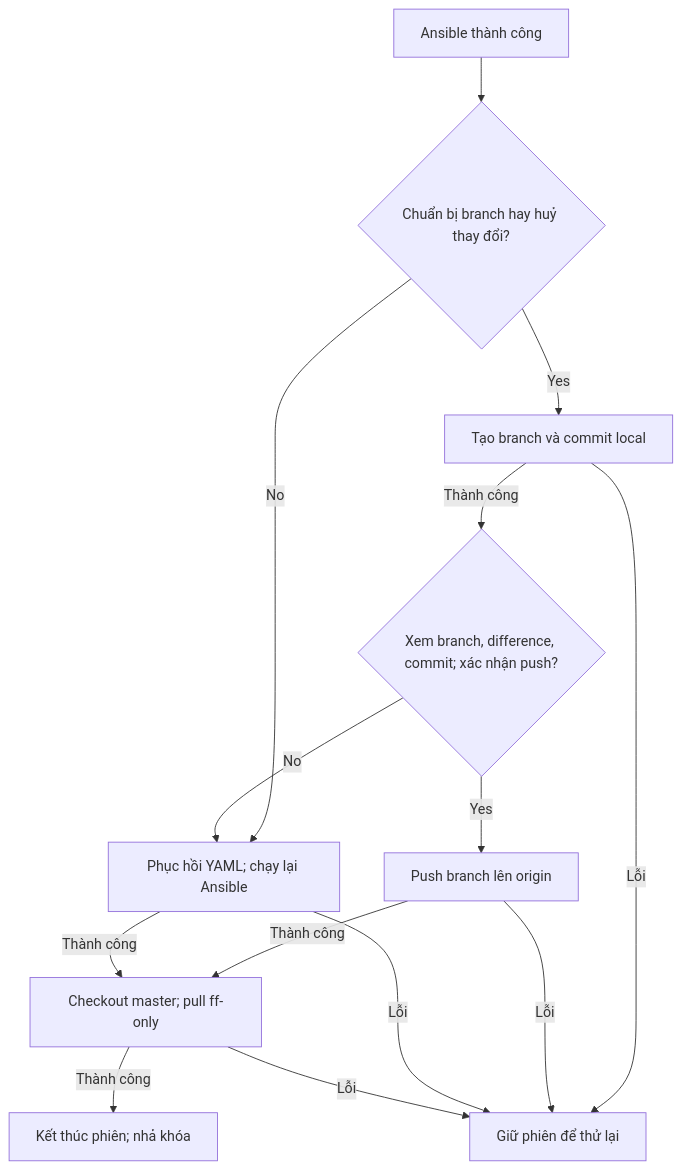
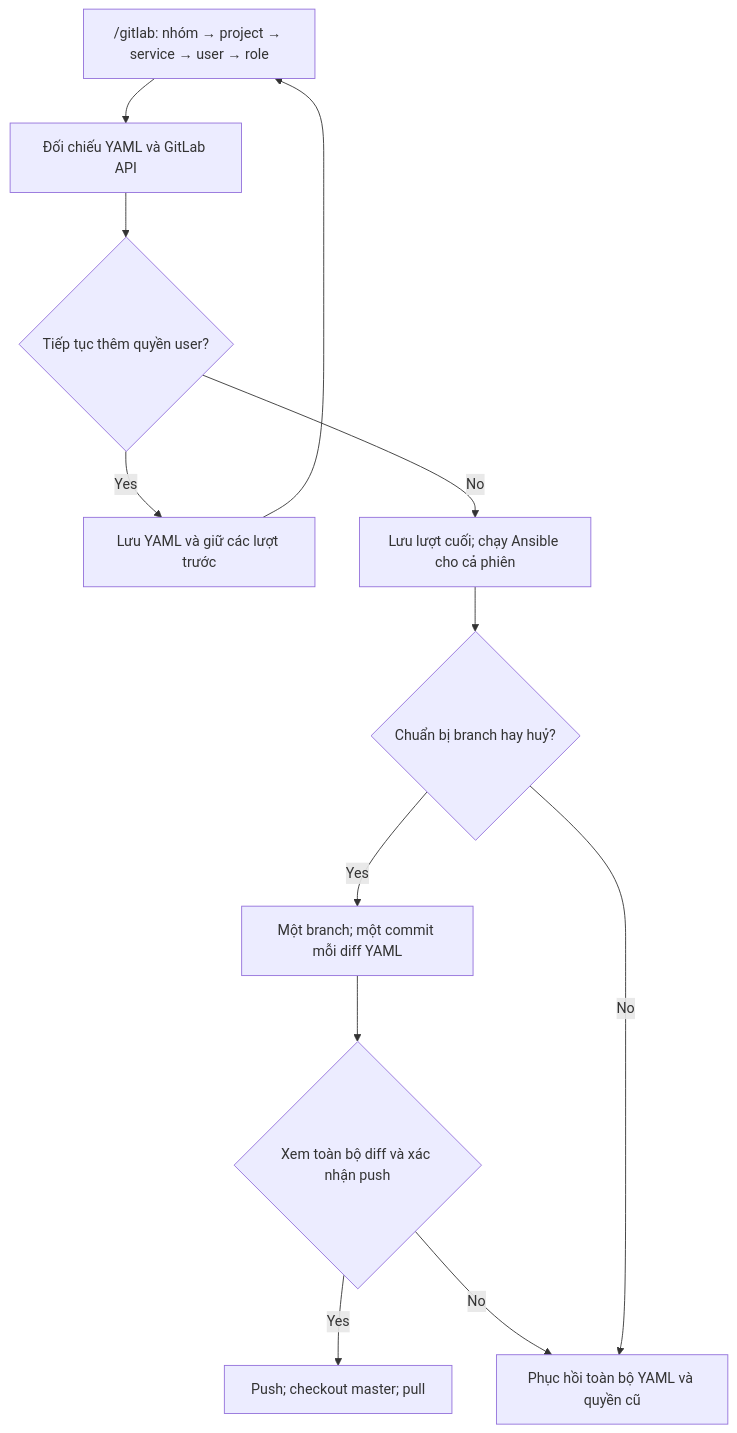
The diagram in GITLAB-REPO-ROLE-FLOW.md (tuanphi/infra-bot), drawn with Mermaid before and after one commit. The commit also changed other lines of this file and 4 other files, not shown here.

Commit message:
update: multi user flow

````diff
--- a/GITLAB-REPO-ROLE-FLOW.md
+++ b/GITLAB-REPO-ROLE-FLOW.md
@@ -18,16 +11,14 @@
 ```mermaid
 flowchart TD
-    A["Ansible thành công"] --> B{"Chuẩn bị branch hay huỷ thay đổi?"}
-    B -->|Yes| D["Tạo branch và commit local"]
-    D -->|Thành công| E{"Xem branch, difference, commit; xác nhận push?"}
-    B -->|No| C["Phục hồi YAML; chạy lại Ansible"]
-    E -->|No| C
-    E -->|Yes| F["Push branch lên origin"]
-    F -->|Thành công| G["Checkout master; pull ff-only"]
-    C -->|Thành công| G
-    G -->|Thành công| H["Kết thúc phiên; nhả khóa"]
-    D -->|Lỗi| I["Giữ phiên để thử lại"]
-    F -->|Lỗi| I
-    C -->|Lỗi| I
-    G -->|Lỗi| I
+    A["/gitlab: nhóm → project → service → user → role"] --> B["Đối chiếu YAML và GitLab API"]
+    B --> C{"Tiếp tục thêm quyền user?"}
+    C -->|Yes| D["Lưu YAML và giữ các lượt trước"]
+    D --> A
+    C -->|No| E["Lưu lượt cuối; chạy Ansible cho cả phiên"]
+    E --> F{"Chuẩn bị branch hay huỷ?"}
+    F -->|Yes| G["Một branch; một commit mỗi diff YAML"]
+    G --> H{"Xem toàn bộ diff và xác nhận push"}
+    H -->|Yes| I["Push; checkout master; pull"]
+    H -->|No| J["Phục hồi toàn bộ YAML và quyền cũ"]
+    F -->|No| J
 ```
````
